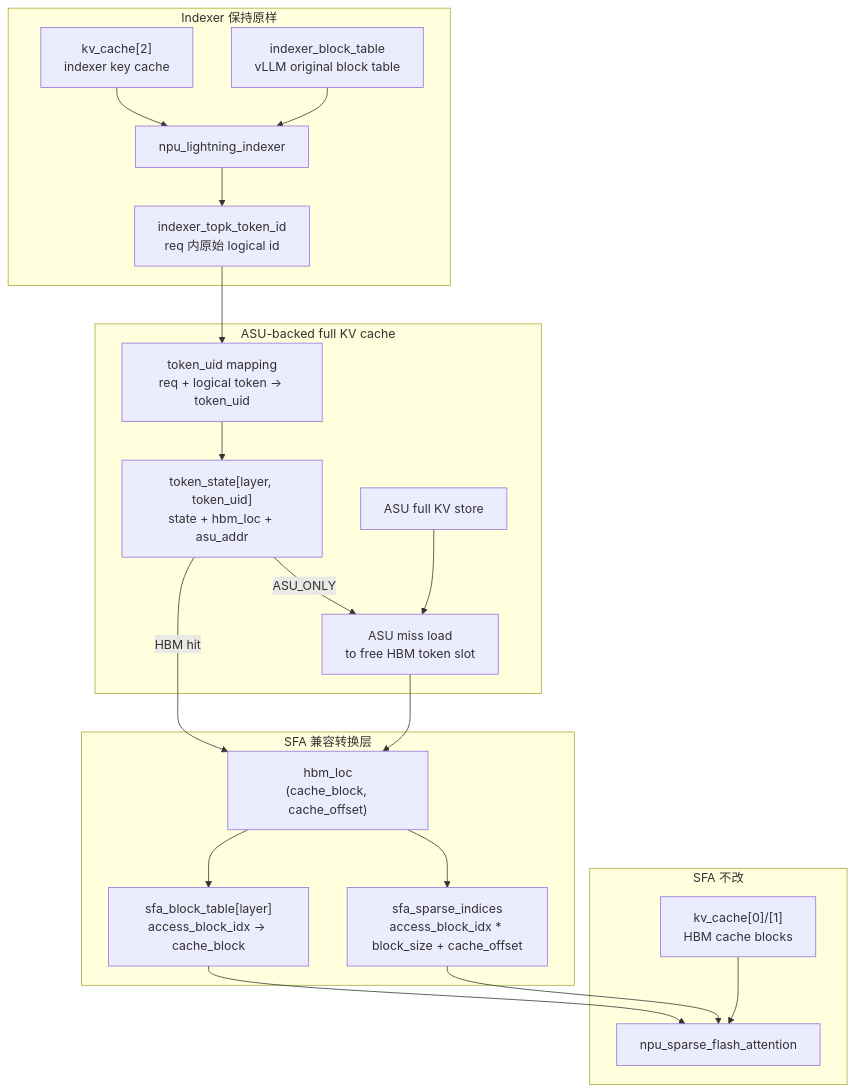
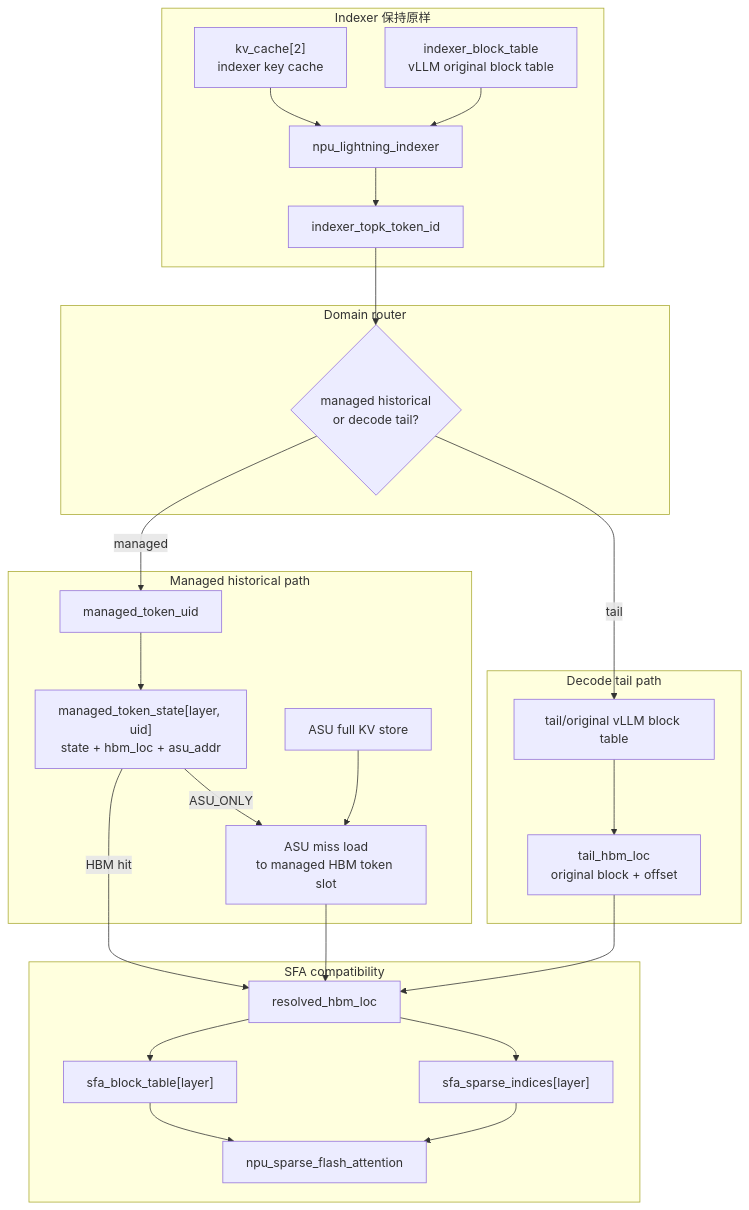
One commit to ykfnxx/ASU-Ascend changed the first of 6 diagrams in docs/draft/2026-06-02-npu-hbm-kvcache-management-draft.md. Above: the diagram before and after it, drawn with Mermaid. The commit also changed other lines of this file, not shown here.

Commit message:
Split KVCache managed and tail lookup paths

````diff
--- a/docs/draft/2026-06-02-npu-hbm-kvcache-management-draft.md
+++ b/docs/draft/2026-06-02-npu-hbm-kvcache-management-draft.md
@@ -176,42 +179,50 @@
 ```mermaid
 flowchart TB
     subgraph I["Indexer 保持原样"]
         K2["kv_cache[2]<br/>indexer key cache"]
         IBT["indexer_block_table<br/>vLLM original block table"]
         IDX["npu_lightning_indexer"]
-        TOPK["indexer_topk_token_id<br/>req 内原始 logical id"]
+        TOPK["indexer_topk_token_id"]
     end
 
-    subgraph C["ASU-backed full KV cache"]
-        MAP["token_uid mapping<br/>req + logical token -> token_uid"]
-        STATE["token_state[layer, token_uid]<br/>state + hbm_loc + asu_addr"]
-        ASU["ASU full KV store"]
-        LOAD["ASU miss load<br/>to free HBM token slot"]
+    subgraph R["Domain router"]
+        DOM{"managed historical<br/>or decode tail?"}
     end
 
-    subgraph T["SFA 兼容转换层"]
-        LOC["hbm_loc<br/>(cache_block, cache_offset)"]
-        SBT["sfa_block_table[layer]<br/>access_block_idx -> cache_block"]
-        SID["sfa_sparse_indices<br/>access_block_idx * block_size + cache_offset"]
+    subgraph M["Managed historical path"]
+        UID["managed_token_uid"]
+        STATE["managed_token_state[layer, uid]<br/>state + hbm_loc + asu_addr"]
+        ASU["ASU full KV store"]
+        LOAD["ASU miss load<br/>to managed HBM token slot"]
     end
 
-    subgraph S["SFA 不改"]
-        K01["kv_cache[0]/[1]<br/>HBM cache blocks"]
+    subgraph TAIL["Decode tail path"]
+        TBT["tail/original vLLM block table"]
+        TLOC["tail_hbm_loc<br/>original block + offset"]
+    end
+
+    subgraph S["SFA compatibility"]
+        LOC["resolved_hbm_loc"]
+        SBT["sfa_block_table[layer]"]
+        SID["sfa_sparse_indices[layer]"]
         SFA["npu_sparse_flash_attention"]
     end
 
     K2 --> IDX
     IBT --> IDX
     IDX --> TOPK
-    TOPK --> MAP
-    MAP --> STATE
+    TOPK --> DOM
+    DOM -- "managed" --> UID
+    UID --> STATE
     STATE -- "HBM hit" --> LOC
     STATE -- "ASU_ONLY" --> LOAD
     ASU --> LOAD
     LOAD --> LOC
+    DOM -- "tail" --> TBT
+    TBT --> TLOC
+    TLOC --> LOC
     LOC --> SBT
     LOC --> SID
     SBT --> SFA
     SID --> SFA
-    K01 --> SFA
 ```
````
